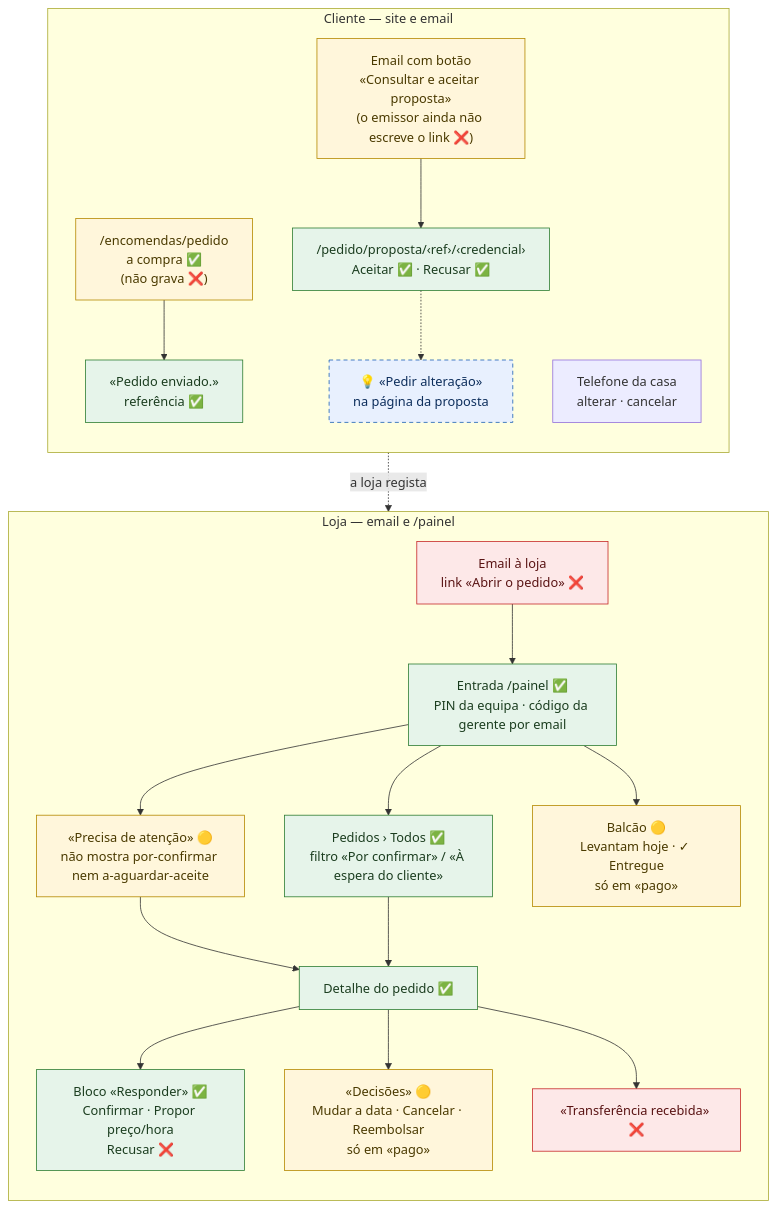
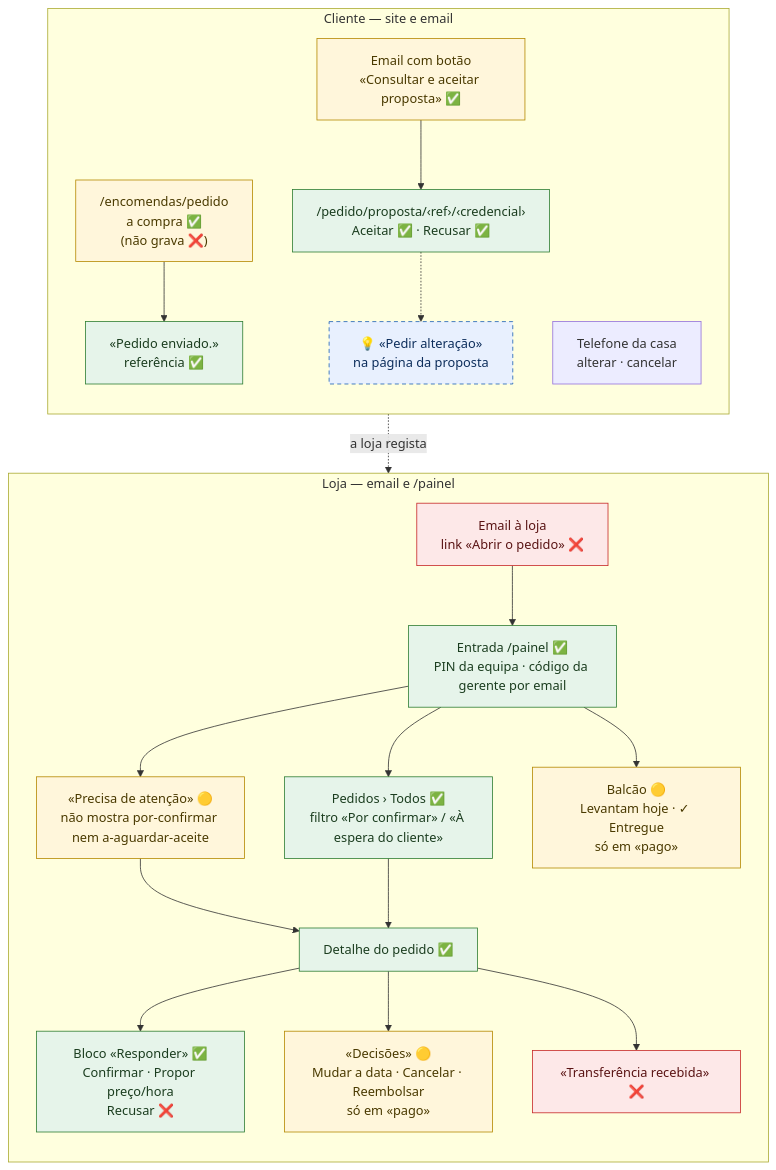
One commit to DEVV-TGR/Damira changed the second of 8 diagrams in docs/loja/fluxo-do-pedido.md. Above: the diagram before and after it, drawn with Mermaid. The commit also changed other lines of this file and 9 other files, not shown here.

First line of the commit message:
A proposta sai por email, com o botão para aceitar (ponto 4)

````diff
--- a/docs/loja/fluxo-do-pedido.md
+++ b/docs/loja/fluxo-do-pedido.md
@@ -93,43 +93,43 @@
 ```mermaid
 %%{init: {"flowchart": {"useMaxWidth": false}, "state": {"useMaxWidth": false}}}%%
 flowchart TB
     subgraph CLIENTE["Cliente — site e email"]
         direction TB
         C1["/encomendas/pedido<br/>a compra ✅<br/>(não grava ❌)"]
         C2["«Pedido enviado.»<br/>referência ✅"]
-        C3["Email com botão<br/>«Consultar e aceitar proposta»<br/>(o emissor ainda não escreve o link ❌)"]
+        C3["Email com botão<br/>«Consultar e aceitar proposta» ✅"]
         C4["/pedido/proposta/‹ref›/‹credencial›<br/>Aceitar ✅ · Recusar ✅"]
         C5["💡 «Pedir alteração»<br/>na página da proposta"]
         C6["Telefone da casa<br/>alterar · cancelar"]
         C1 --> C2
         C3 --> C4
         C4 -.-> C5
     end
     subgraph LOJA["Loja — email e /painel"]
         direction TB
         L0["Email à loja<br/>link «Abrir o pedido» ❌"]
         L1["Entrada /painel ✅<br/>PIN da equipa · código da gerente por email"]
         L2["«Precisa de atenção» 🟡<br/>não mostra por-confirmar nem a-aguardar-aceite"]
         L3["Pedidos › Todos ✅<br/>filtro «Por confirmar» / «À espera do cliente»"]
         L4["Detalhe do pedido ✅"]
         L5["Bloco «Responder» ✅<br/>Confirmar · Propor preço/hora<br/>Recusar ❌"]
         L6["«Decisões» 🟡<br/>Mudar a data · Cancelar · Reembolsar<br/>só em «pago»"]
         L7["Balcão 🟡<br/>Levantam hoje · ✓ Entregue<br/>só em «pago»"]
         L8["«Transferência recebida» ❌"]
         L0 --> L1
         L1 --> L2 & L3 & L7
         L2 --> L4
         L3 --> L4
         L4 --> L5 & L6 & L8
     end
     C6 -. a loja regista .-> L6
 
     classDef ok fill:#e6f4ea,stroke:#2e7d32,color:#1b3d1f
     classDef parcial fill:#fff6db,stroke:#b58900,color:#4a3a00
     classDef falta fill:#fde8e8,stroke:#c62828,color:#5a1414
     classDef proposta fill:#e8f0fe,stroke:#1a5fb4,color:#0d2e5c,stroke-dasharray: 5 4
     class C2,C4,L1,L3,L4,L5 ok
     class C1,C3,L2,L6,L7 parcial
     class L0,L8 falta
     class C5 proposta
 ```
````
